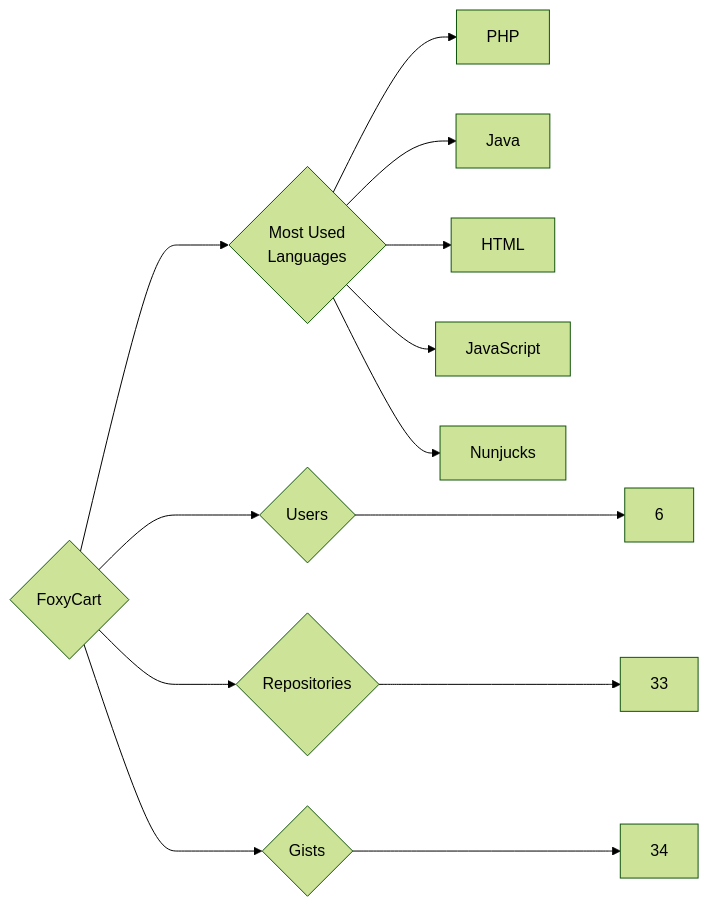
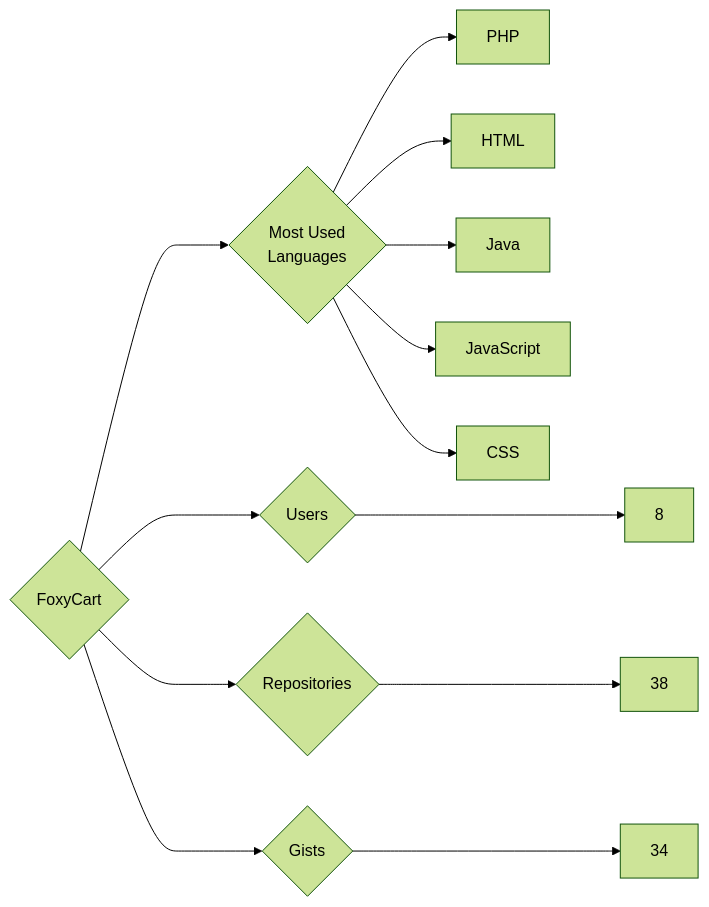
One commit to trickest/insiders changed the diagram in targets/FoxyCart/README.md. Above: the diagram before and after it, drawn with Mermaid (forest theme). The commit also changed 865 other files, not shown here.

````diff
--- a/targets/FoxyCart/README.md
+++ b/targets/FoxyCart/README.md
@@ -3,13 +3,13 @@
 ```mermaid
 graph LR
 COMPANY_NAME{FoxyCart}
-COMPANY_NAME ---> U{Users} ---> UN[6]
-COMPANY_NAME ---> R{Repositories} ---> RN[33]
+COMPANY_NAME ---> U{Users} ---> UN[8]
+COMPANY_NAME ---> R{Repositories} ---> RN[38]
 COMPANY_NAME ---> G{Gists} ---> GN[34]
 COMPANY_NAME ---> ML{Most Used<br>Languages}
 ML --> PHP[PHP]
+ML --> HTML[HTML]
 ML --> Java[Java]
-ML --> HTML[HTML]
 ML --> JavaScript[JavaScript]
-ML --> Nunjucks[Nunjucks]
+ML --> CSS[CSS]
 ```
````
